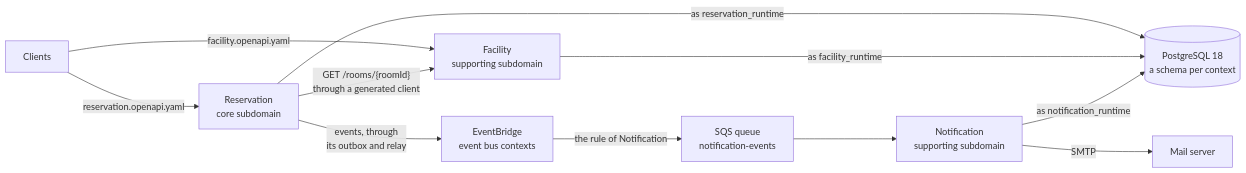
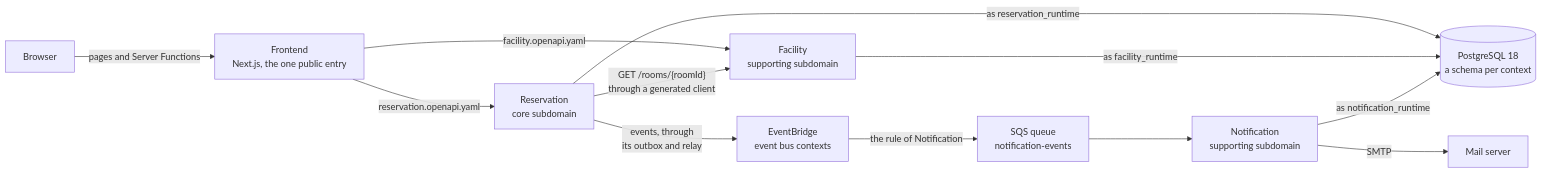
Before and after one commit to ma-chisuke/go-nextjs-ddd-monorepo: the first of 4 diagrams in ARCHITECTURE.md, drawn with Mermaid. The commit also changed other lines of this file and 57 other files, not shown here.

````diff
--- a/ARCHITECTURE.md
+++ b/ARCHITECTURE.md
@@ -8,21 +8,23 @@
 ```mermaid
 flowchart LR
-    clients["Clients"]
+    browser["Browser"]
+    web["Frontend<br/>Next.js, the one public entry"]
     reservation["Reservation<br/>core subdomain"]
     facility["Facility<br/>supporting subdomain"]
     notification["Notification<br/>supporting subdomain"]
     bus["EventBridge<br/>event bus contexts"]
     queue["SQS queue<br/>notification-events"]
     mail["Mail server"]
     db[("PostgreSQL 18<br/>a schema per context")]
-    clients -- "reservation.openapi.yaml" --> reservation
-    clients -- "facility.openapi.yaml" --> facility
+    browser -- "pages and Server Functions" --> web
+    web -- "reservation.openapi.yaml" --> reservation
+    web -- "facility.openapi.yaml" --> facility
     reservation -- "GET /rooms/{roomId}<br/>through a generated client" --> facility
     reservation -- "events, through<br/>its outbox and relay" --> bus
     bus -- "the rule of Notification" --> queue
     queue --> notification
     notification -- "SMTP" --> mail
     reservation -- "as reservation_runtime" --> db
     facility -- "as facility_runtime" --> db
     notification -- "as notification_runtime" --> db
 ```
````
